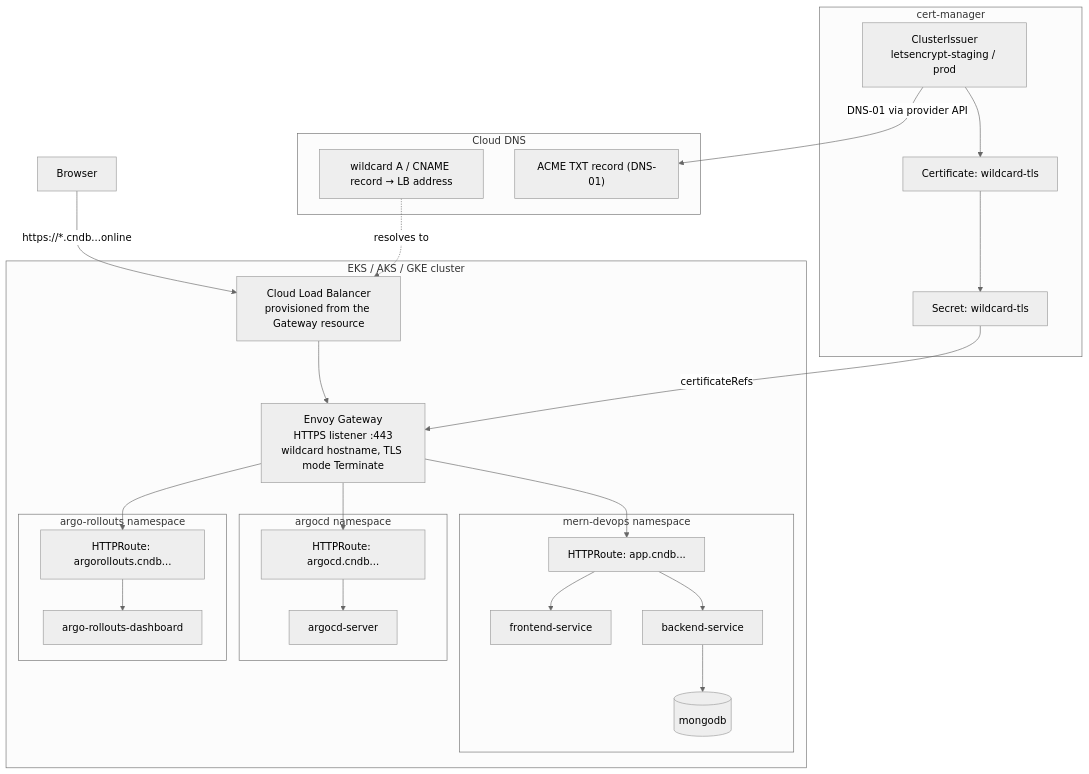
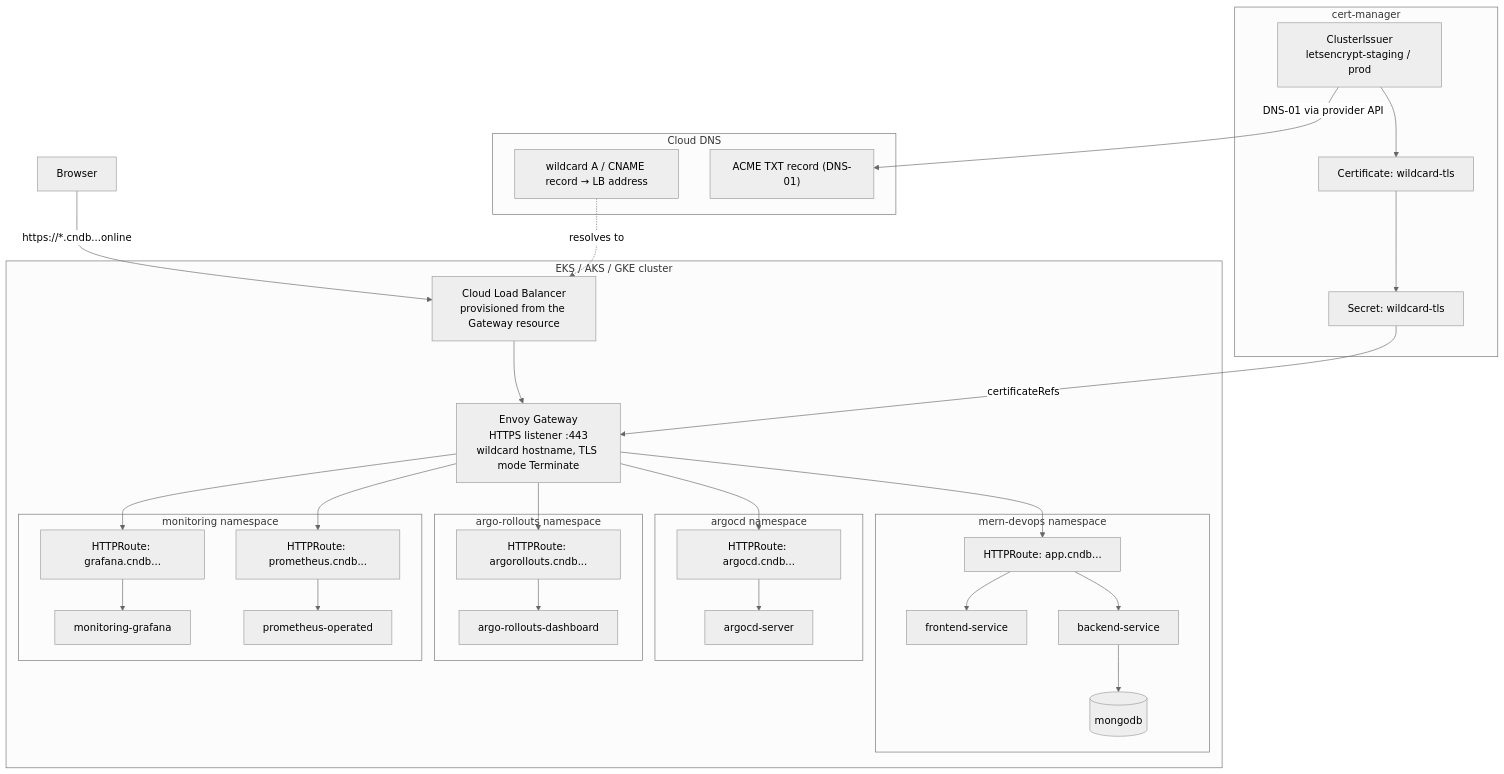
The first of 2 diagrams in README.md (atkaridarshan04/cloudnative-devops-blueprint), drawn with Mermaid (neutral theme) before and after one commit. The commit also changed other lines of this file and 15 other files, not shown here.

Commit message:
add monitoring setup with Prometheus, Grafana, and TLS cert expiry alerts; include ServiceMonitors, Probes, and HTTPRoutes for ArgoCD and Envoy Gateway

````diff
--- a/README.md
+++ b/README.md
@@ -53,47 +54,56 @@
 ```mermaid
 flowchart TD
     Browser[Browser] -->|"https://*.cndb...online"| LB
 
     subgraph "Cloud DNS"
         DNSRec["wildcard A / CNAME record → LB address"]
         TXT["ACME TXT record (DNS-01)"]
     end
 
     subgraph "EKS / AKS / GKE cluster"
         LB[Cloud Load Balancer<br/>provisioned from the Gateway resource]
         GW[Envoy Gateway<br/>HTTPS listener :443<br/>wildcard hostname, TLS mode Terminate]
 
         subgraph "mern-devops namespace"
             AppRoute[HTTPRoute: app.cndb...]
             FE[frontend-service]
             BE[backend-service]
             DB[(mongodb)]
         end
 
         subgraph "argocd namespace"
             ArgoRoute[HTTPRoute: argocd.cndb...]
             ArgoSvc[argocd-server]
         end
 
         subgraph "argo-rollouts namespace"
             RolloutsRoute[HTTPRoute: argorollouts.cndb...]
             RolloutsSvc[argo-rollouts-dashboard]
         end
+
+        subgraph "monitoring namespace"
+            GrafanaRoute[HTTPRoute: grafana.cndb...]
+            PromRoute[HTTPRoute: prometheus.cndb...]
+            GrafanaSvc[monitoring-grafana]
+            PromSvc[prometheus-operated]
+        end
     end
 
     subgraph "cert-manager"
         CI[ClusterIssuer<br/>letsencrypt-staging / prod]
         Cert[Certificate: wildcard-tls]
         Secret[Secret: wildcard-tls]
     end
 
     LB --> GW
     GW --> AppRoute --> FE
     AppRoute --> BE --> DB
     GW --> ArgoRoute --> ArgoSvc
     GW --> RolloutsRoute --> RolloutsSvc
+    GW --> GrafanaRoute --> GrafanaSvc
+    GW --> PromRoute --> PromSvc
 
     DNSRec -.->|resolves to| LB
     CI -->|DNS-01 via provider API| TXT
     CI --> Cert --> Secret -->|certificateRefs| GW
 ```
````
